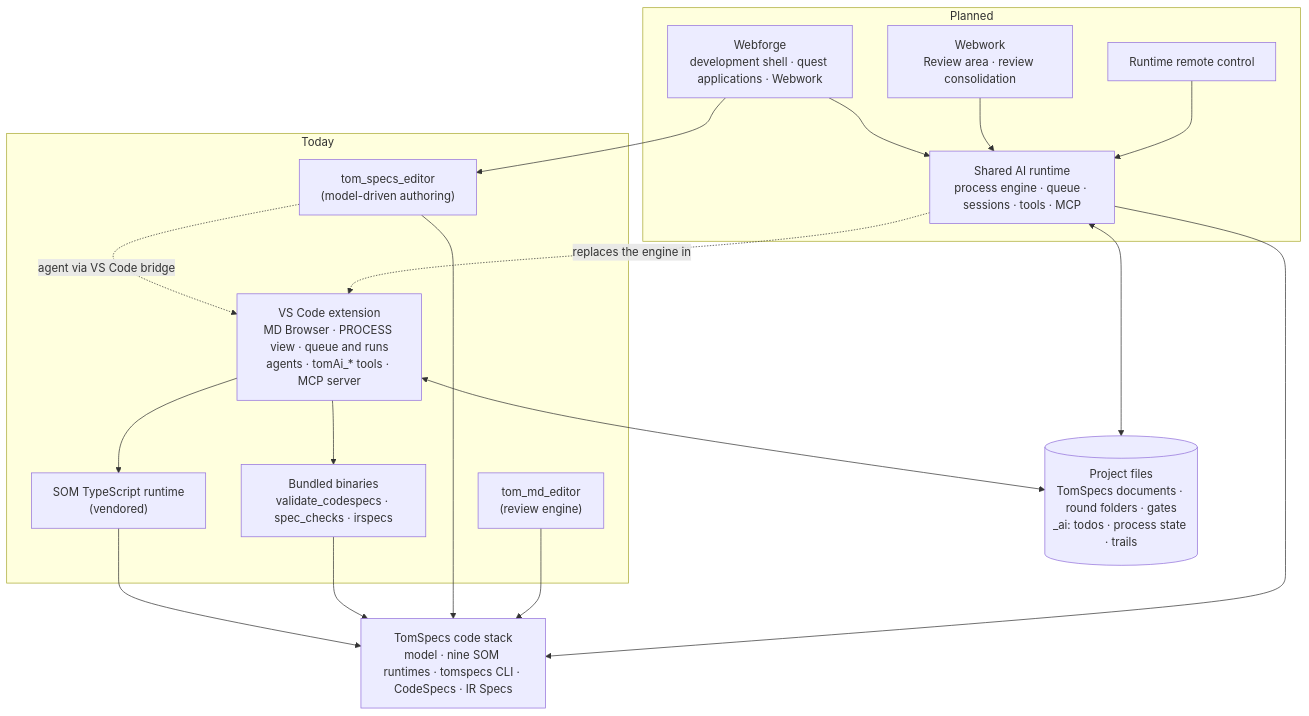
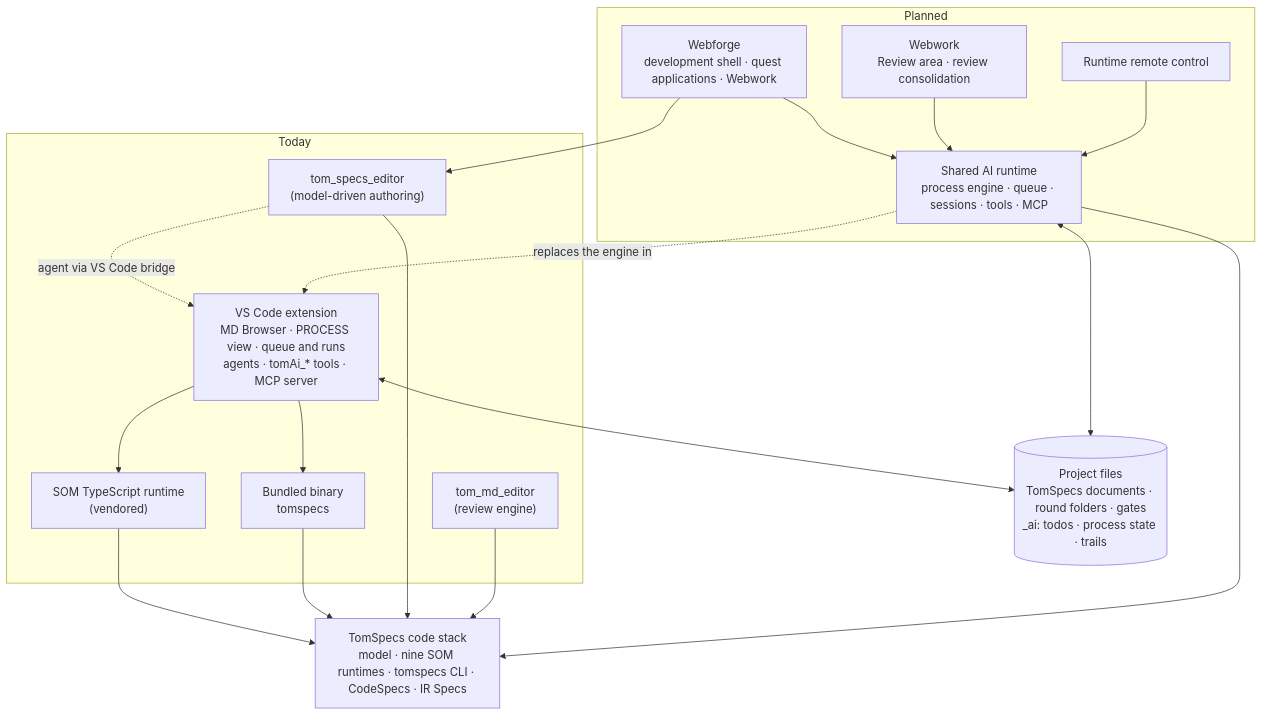
The first of 5 diagrams in tom_specs_model/doc/tom_specs_tooling.md (al-the-bear/tom_ai_build), drawn with Mermaid before and after one commit. The commit also changed other lines of this file and 64 other files, not shown here.

Commit message:
TomSpecs: everything names the tomspecs commands; the tool landscape is one bundled tomspecs (tom_specs tsbin8)

````diff
--- a/tom_specs_model/doc/tom_specs_tooling.md
+++ b/tom_specs_model/doc/tom_specs_tooling.md
@@ -60,32 +60,32 @@
 ```mermaid
 flowchart TB
   subgraph Today["Today"]
     VSC["VS Code extension<br/>MD Browser · PROCESS view · queue and runs<br/>agents · tomAi_* tools · MCP server"]
-    BIN["Bundled binaries<br/>validate_codespecs · spec_checks · irspecs"]
+    BIN["Bundled binary<br/>tomspecs"]
     TSRT["SOM TypeScript runtime<br/>(vendored)"]
     ED["tom_specs_editor<br/>(model-driven authoring)"]
     MDE["tom_md_editor<br/>(review engine)"]
   end
   subgraph Planned["Planned"]
     RT["Shared AI runtime<br/>process engine · queue · sessions · tools · MCP"]
     WF["Webforge<br/>development shell · quest applications · Webwork"]
     WW["Webwork<br/>Review area · review consolidation"]
     RC["Runtime remote control"]
   end
   STACK["TomSpecs code stack<br/>model · nine SOM runtimes · tomspecs CLI · CodeSpecs · IR Specs"]
   FILES[("Project files<br/>TomSpecs documents · round folders · gates<br/>_ai: todos · process state · trails")]
 
   VSC --> TSRT --> STACK
   VSC --> BIN --> STACK
   ED --> STACK
   MDE --> STACK
   ED -. agent via VS Code bridge .-> VSC
   VSC <--> FILES
   RT -. replaces the engine in .-> VSC
   WF --> RT
   WW --> RT
   RC --> RT
   WF --> ED
   RT --> STACK
   RT <--> FILES
 ```
````
